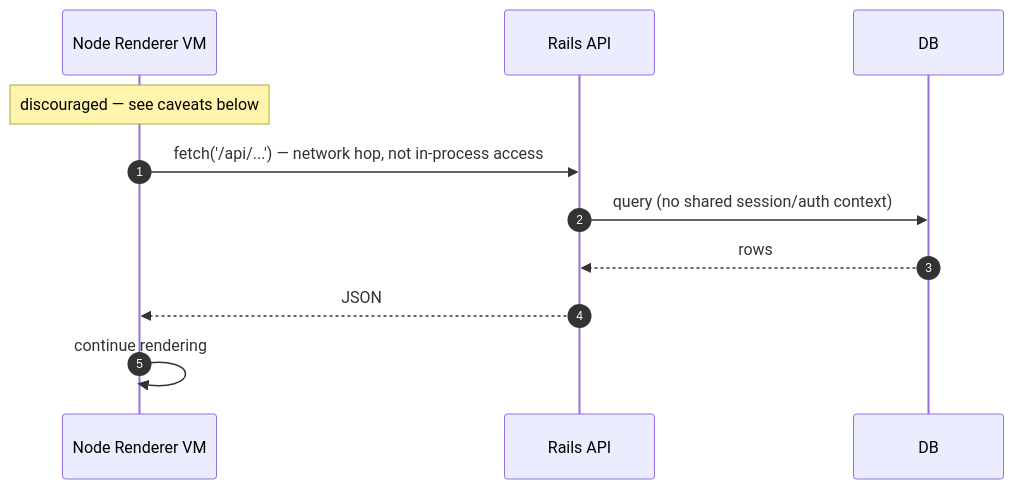
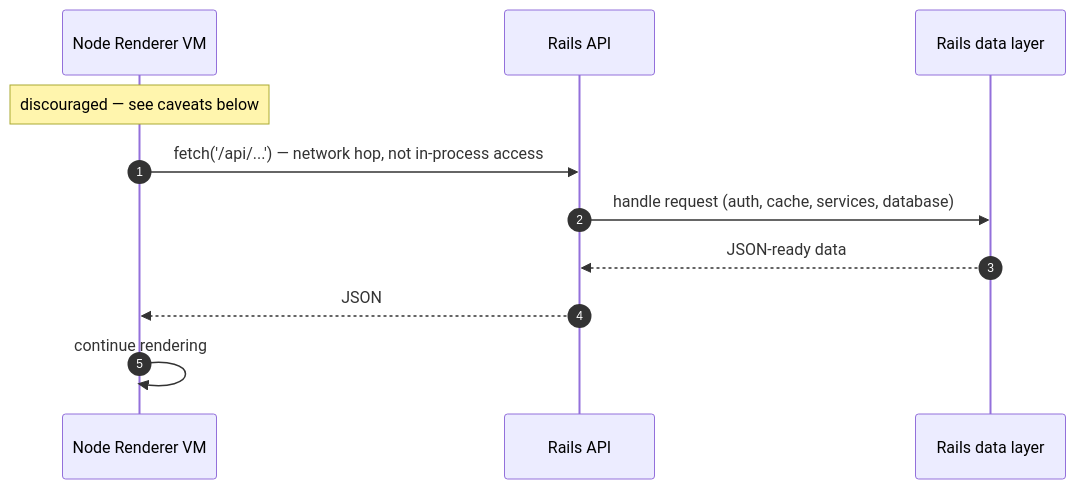
One commit to shakacode/react_on_rails changed the third of 3 diagrams in docs/pro/streaming-ssr.md. Above: the diagram before and after it, drawn with Mermaid. The commit also changed other lines of this file and 1 other file, not shown here.

````diff
--- a/docs/pro/streaming-ssr.md
+++ b/docs/pro/streaming-ssr.md
@@ -322,13 +97,13 @@
 ```mermaid
 sequenceDiagram
     autonumber
     participant Renderer as Node Renderer VM
     participant Rails as Rails API
-    participant DB
+    participant Data as Rails data layer
     Note over Renderer: discouraged — see caveats below
     Renderer->>Rails: fetch('/api/...') — network hop, not in-process access
-    Rails->>DB: query (no shared session/auth context)
-    DB-->>Rails: rows
+    Rails->>Data: handle request (auth, cache, services, database)
+    Data-->>Rails: JSON-ready data
     Rails-->>Renderer: JSON
     Renderer->>Renderer: continue rendering
 ```
````
